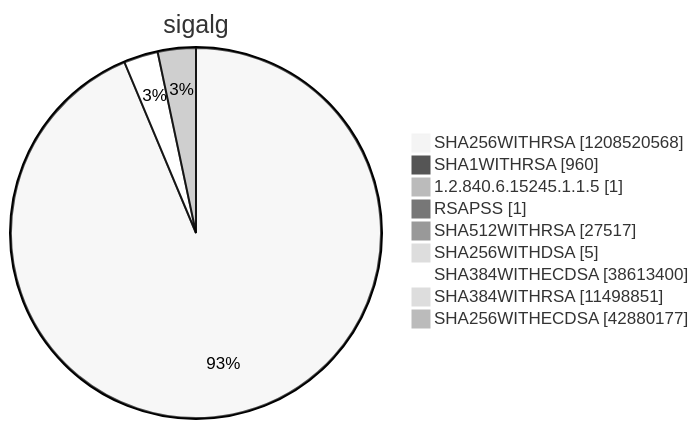
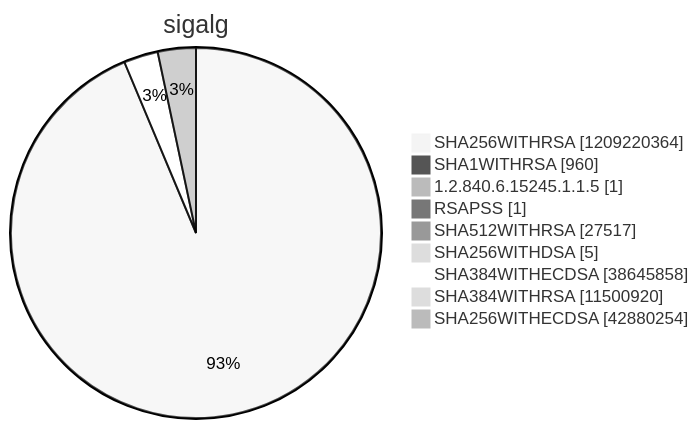
Before and after one commit to christiankrug/ctmonitor_visualization: diagram 15 of 15 in argon2022/README.md, drawn with Mermaid (neutral theme). The commit also changed other lines of this file, not shown here.

````diff
--- a/argon2022/README.md
+++ b/argon2022/README.md
@@ -5520,13 +5520,13 @@
 ```mermaid
 pie showData
 title sigalg
-"SHA256WITHRSA" :1208520568
+"SHA256WITHRSA" :1209220364
 "SHA1WITHRSA" :960
 "1.2.840.6.15245.1.1.5" :1
 "RSAPSS" :1
 "SHA512WITHRSA" :27517
 "SHA256WITHDSA" :5
-"SHA384WITHECDSA" :38613400
-"SHA384WITHRSA" :11498851
-"SHA256WITHECDSA" :42880177
+"SHA384WITHECDSA" :38645858
+"SHA384WITHRSA" :11500920
+"SHA256WITHECDSA" :42880254
 ```
````
